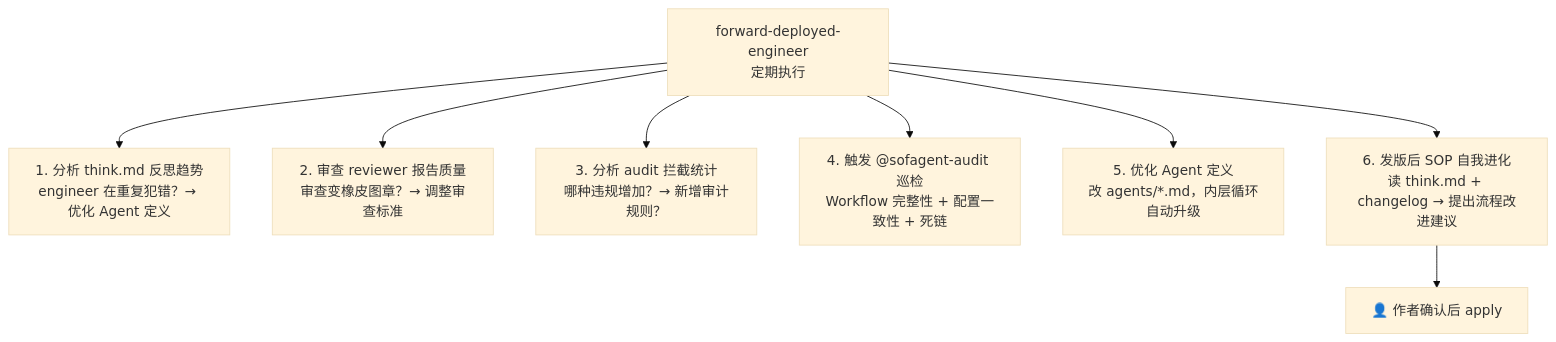
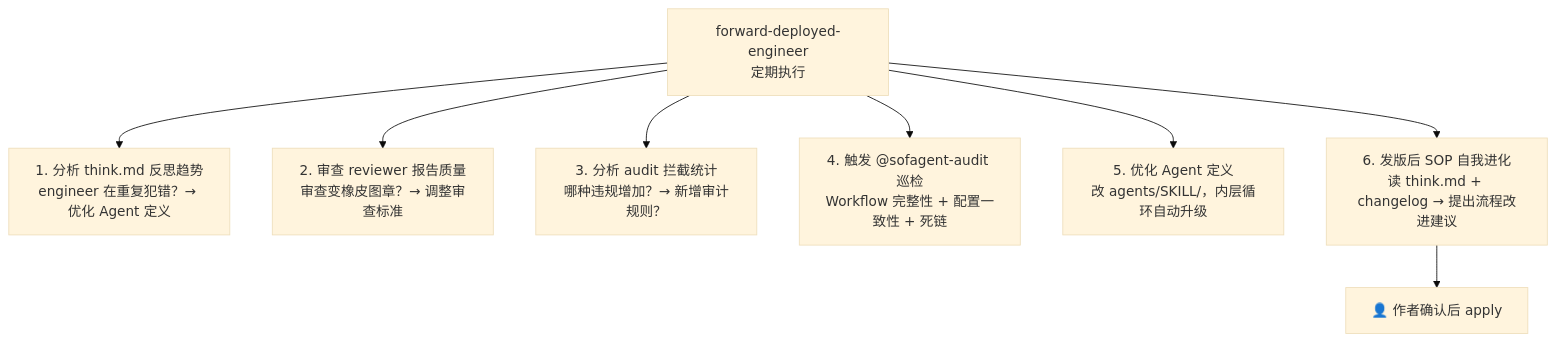
Before and after one commit to KongFangXun/sofagent: the third of 3 diagrams in LOOP/LOOP.md, drawn with Mermaid (base theme). The commit also changed other lines of this file and 20 other files, not shown here.

````diff
--- a/LOOP/LOOP.md
+++ b/LOOP/LOOP.md
@@ -180,11 +180,11 @@
 ```mermaid
 flowchart TD
     FDE["forward-deployed-engineer<br/>定期执行"]
     FDE --> T1["1. 分析 think.md 反思趋势<br/>engineer 在重复犯错？→ 优化 Agent 定义"]
     FDE --> T2["2. 审查 reviewer 报告质量<br/>审查变橡皮图章？→ 调整审查标准"]
     FDE --> T3["3. 分析 audit 拦截统计<br/>哪种违规增加？→ 新增审计规则？"]
     FDE --> T4["4. 触发 @sofagent-audit 巡检<br/>Workflow 完整性 + 配置一致性 + 死链"]
-    FDE --> T5["5. 优化 Agent 定义<br/>改 agents/*.md，内层循环自动升级"]
+    FDE --> T5["5. 优化 Agent 定义<br/>改 agents/SKILL/，内层循环自动升级"]
     FDE --> T6["6. 发版后 SOP 自我进化<br/>读 think.md + changelog → 提出流程改进建议"]
     T6 --> Human_Confirm["👤 作者确认后 apply"]
 ```
````
